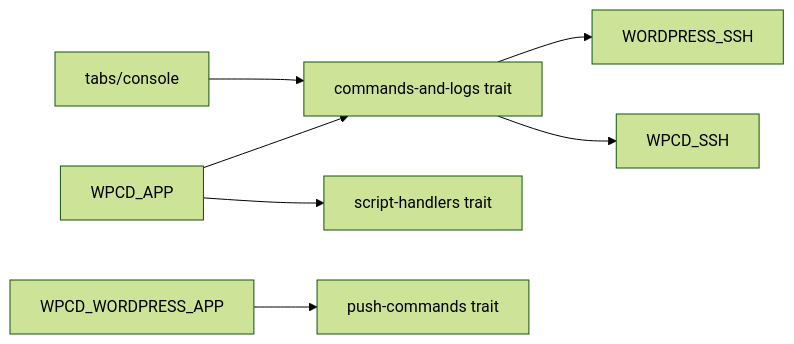
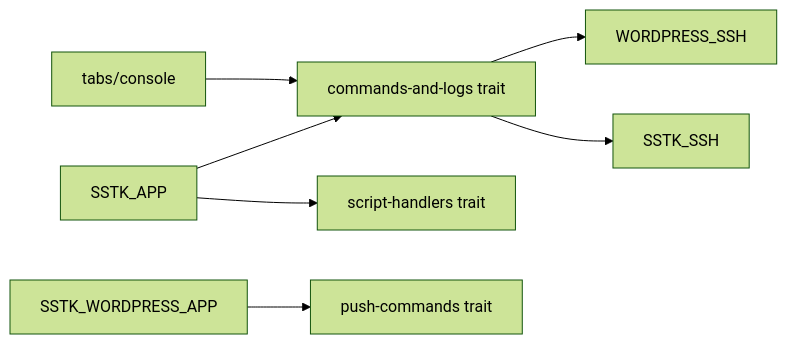
Before and after one commit to onedogsolutions/simple-stack: the ninth of 9 diagrams in .qoder/repowiki/en/content/WordPress Application Engine/Script Execution Engine.md, drawn with Mermaid (forest theme). The commit also changed other lines of this file and 5941 other files, not shown here.

````diff
--- a/.qoder/repowiki/en/content/WordPress Application Engine/Script Execution Engine.md
+++ b/.qoder/repowiki/en/content/WordPress Application Engine/Script Execution Engine.md
@@ -339,9 +339,9 @@
 ```mermaid
 graph LR
-APP["WPCD_APP"] --> CMDT["commands-and-logs trait"]
+APP["SSTK_APP"] --> CMDT["commands-and-logs trait"]
 APP --> SHT["script-handlers trait"]
 CMDT --> WPSSH["WORDPRESS_SSH"]
-CMDT --> SSHBASE["WPCD_SSH"]
-WPAPP["WPCD_WORDPRESS_APP"] --> PUSH["push-commands trait"]
+CMDT --> SSHBASE["SSTK_SSH"]
+WPAPP["SSTK_WORDPRESS_APP"] --> PUSH["push-commands trait"]
 UI["tabs/console"] --> CMDT
 ```
````
